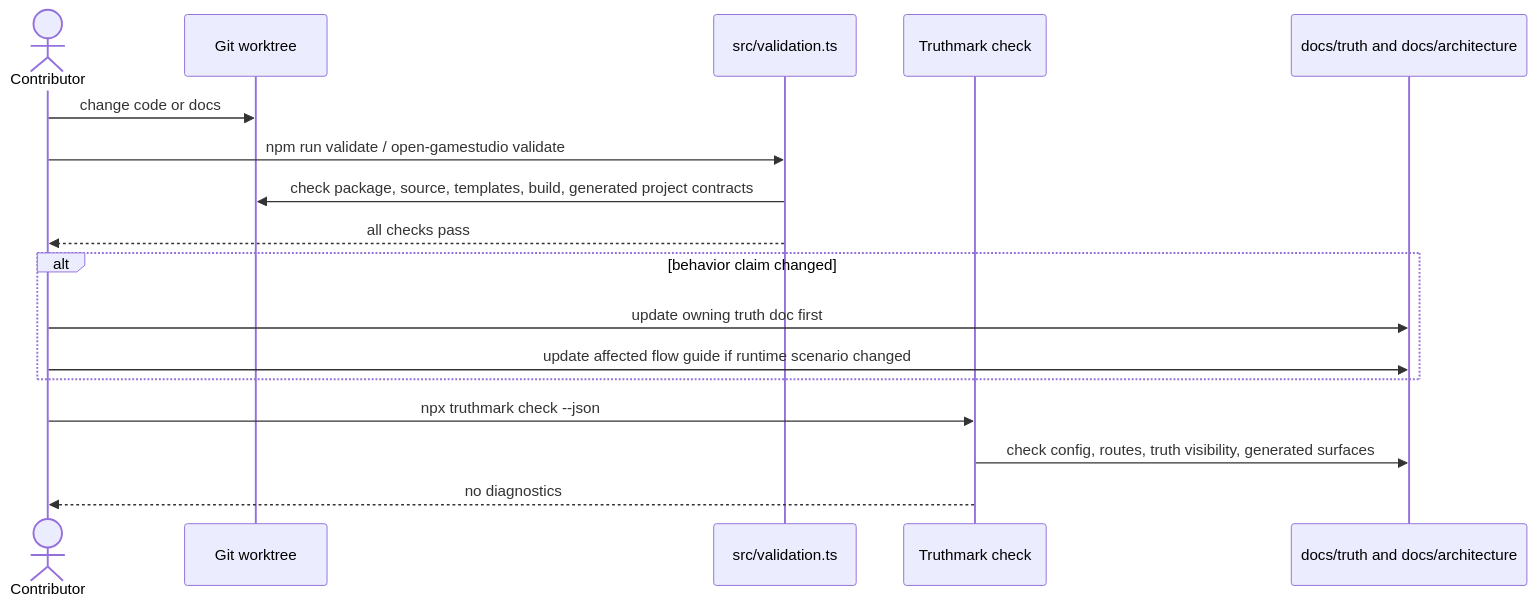
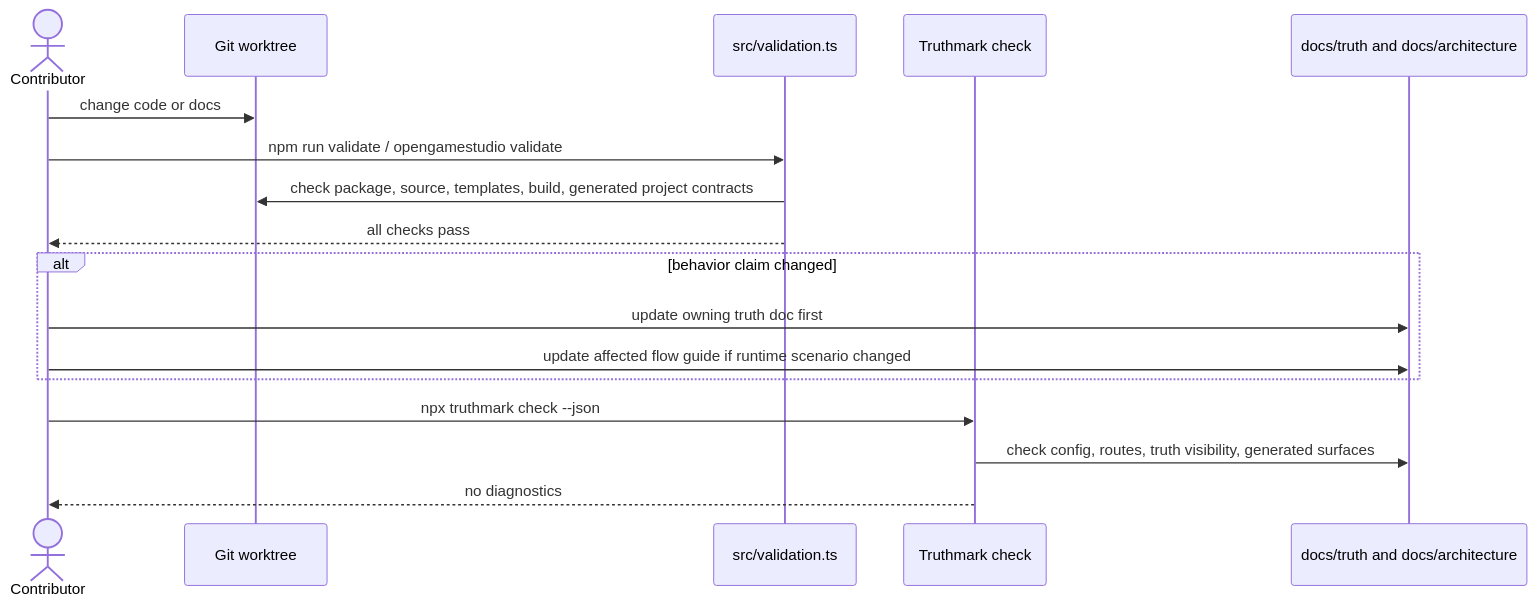
Before and after one commit to merlinhu1/codex-game-studio: the first of 2 diagrams in docs/architecture/flows/validation-and-repository-truth.md, drawn with Mermaid. The commit also changed other lines of this file and 152 other files, not shown here.

````diff
--- a/docs/architecture/flows/validation-and-repository-truth.md
+++ b/docs/architecture/flows/validation-and-repository-truth.md
@@ -61,20 +61,20 @@
 ```mermaid
 sequenceDiagram
   actor Contributor
   participant Repo as Git worktree
   participant Validate as src/validation.ts
   participant Truth as Truthmark check
   participant Docs as docs/truth and docs/architecture
 
   Contributor->>Repo: change code or docs
-  Contributor->>Validate: npm run validate / open-gamestudio validate
+  Contributor->>Validate: npm run validate / opengamestudio validate
   Validate->>Repo: check package, source, templates, build, generated project contracts
   Validate-->>Contributor: all checks pass
   alt behavior claim changed
     Contributor->>Docs: update owning truth doc first
     Contributor->>Docs: update affected flow guide if runtime scenario changed
   end
   Contributor->>Truth: npx truthmark check --json
   Truth->>Docs: check config, routes, truth visibility, generated surfaces
   Truth-->>Contributor: no diagnostics
 ```
````
